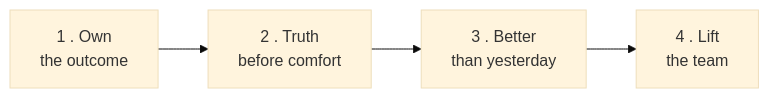
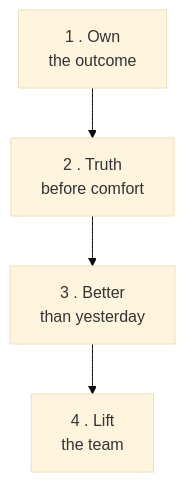
The second of 2 diagrams in docs/first-60-days/week-1/day-01.md (leotansingapore/aia-product-compass-hub), drawn with Mermaid (base theme) before and after one commit. The commit also changed other lines of this file and 56 other files, not shown here.

Commit message:
Readability pass across first-60-days: styled HTML to tables/diagrams, cleaner formatting, no leaked metadata

````diff
--- a/docs/first-60-days/week-1/day-01.md
+++ b/docs/first-60-days/week-1/day-01.md
@@ -125,4 +125,6 @@
 ```mermaid
-flowchart LR
-    V1["1 . Own<br/>the outcome"] --> V2["2 . Truth<br/>before comfort"] --> V3["3 . Better<br/>than yesterday"] --> V4["4 . Lift<br/>the team"]
+flowchart TD
+    V1["1 . Own<br/>the outcome"] --> V2["2 . Truth<br/>before comfort"]
+    V2 --> V3["3 . Better<br/>than yesterday"]
+    V3 --> V4["4 . Lift<br/>the team"]
 ```
````
